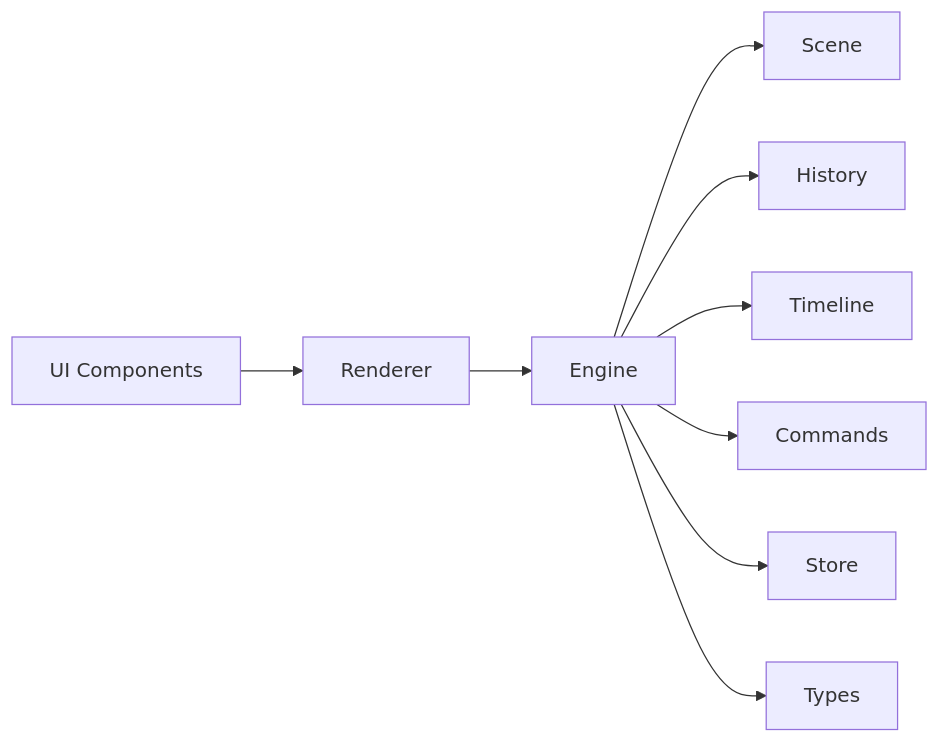
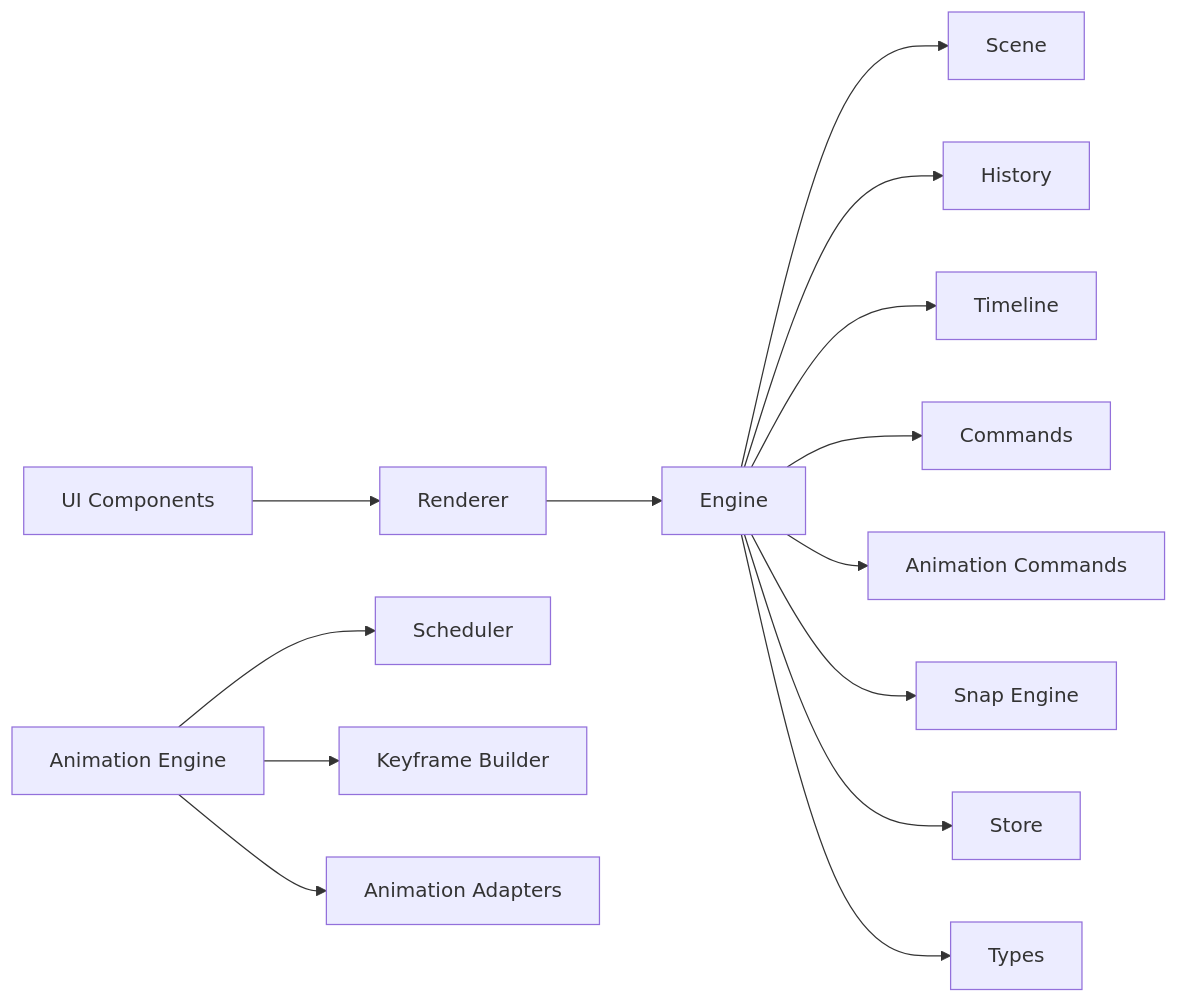
Before and after one commit to Anna0314zy/ai_editor_enginer: diagram 15 of 15 in .qoder/repowiki/en/content/Core Engine System/Core Engine System.md, drawn with Mermaid. The commit also changed other lines of this file and 10 other files, not shown here.

````diff
--- a/.qoder/repowiki/en/content/Core Engine System/Core Engine System.md
+++ b/.qoder/repowiki/en/content/Core Engine System/Core Engine System.md
@@ -559,11 +805,16 @@
 ```mermaid
 graph LR
 UI["UI Components"] --> RENDERER["Renderer"]
 RENDERER --> ENGINE["Engine"]
 ENGINE --> SCENE["Scene"]
 ENGINE --> HISTORY["History"]
 ENGINE --> TIMELINE["Timeline"]
 ENGINE --> COMMANDS["Commands"]
+ENGINE --> ANIMATION_COMMANDS["Animation Commands"]
+ENGINE --> SNAP_ENGINE["Snap Engine"]
 ENGINE --> STORE["Store"]
 ENGINE --> TYPES["Types"]
+ANIMATION_ENGINE["Animation Engine"] --> SCHEDULER["Scheduler"]
+ANIMATION_ENGINE --> KEYFRAME_BUILDER["Keyframe Builder"]
+ANIMATION_ENGINE --> ADAPTERS["Animation Adapters"]
 ```
````
